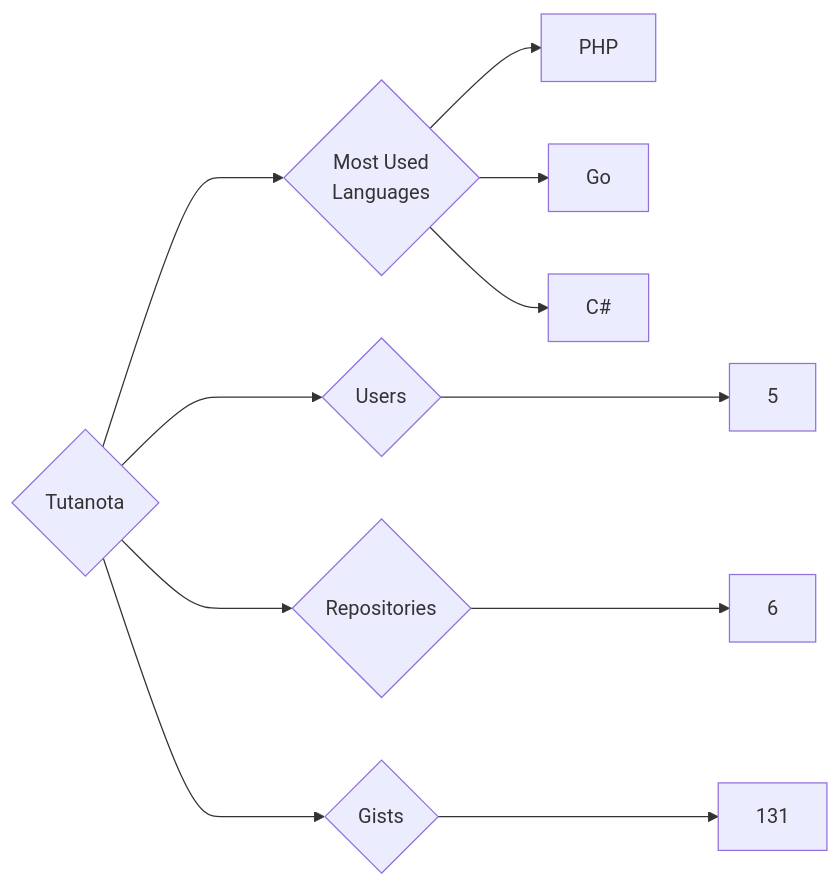
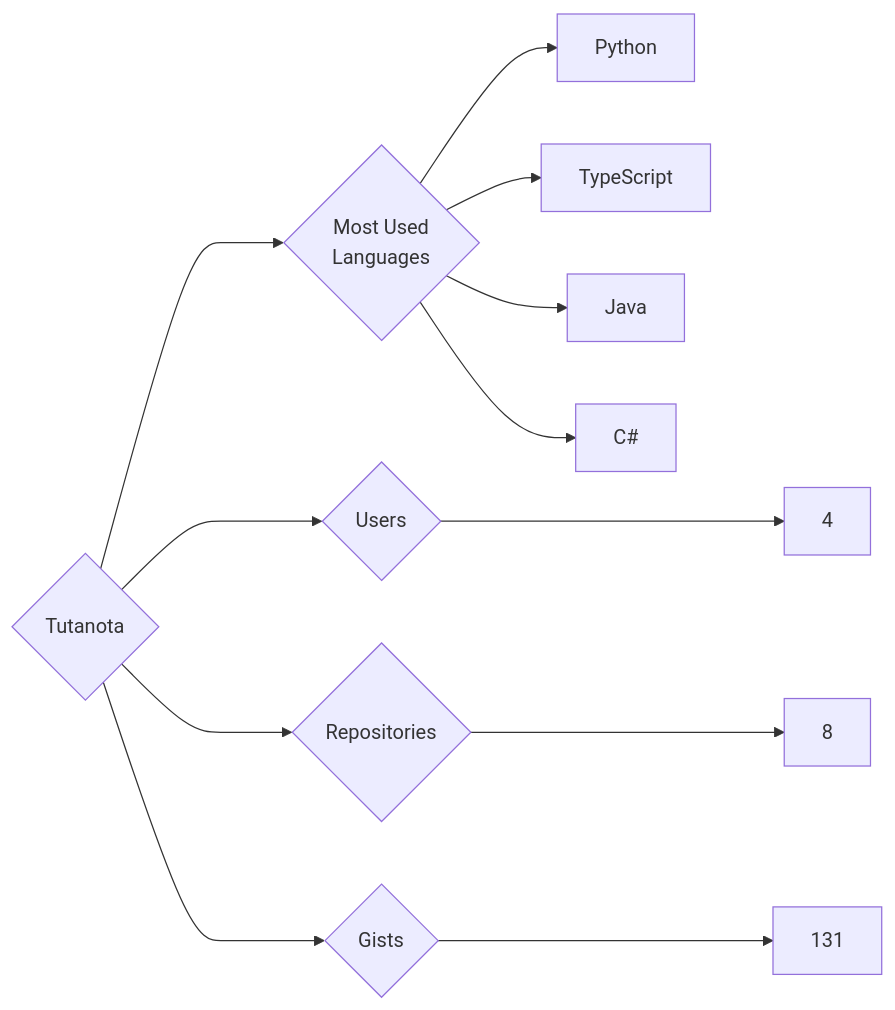
One commit to trickest/insiders changed the diagram in targets/Tutanota/README.md. Above: the diagram before and after it, drawn with Mermaid. The commit also changed 1484 other files, not shown here.

````diff
--- a/targets/Tutanota/README.md
+++ b/targets/Tutanota/README.md
@@ -3,11 +3,12 @@
 ```mermaid
 graph LR
 COMPANY_NAME{Tutanota}
-COMPANY_NAME ---> U{Users} ---> UN[5]
-COMPANY_NAME ---> R{Repositories} ---> RN[6]
+COMPANY_NAME ---> U{Users} ---> UN[4]
+COMPANY_NAME ---> R{Repositories} ---> RN[8]
 COMPANY_NAME ---> G{Gists} ---> GN[131]
 COMPANY_NAME ---> ML{Most Used<br>Languages}
-ML --> PHP[PHP]
-ML --> Go[Go]
+ML --> Python[Python]
+ML --> TypeScript[TypeScript]
+ML --> Java[Java]
 ML --> C#[C#]
 ```
````
